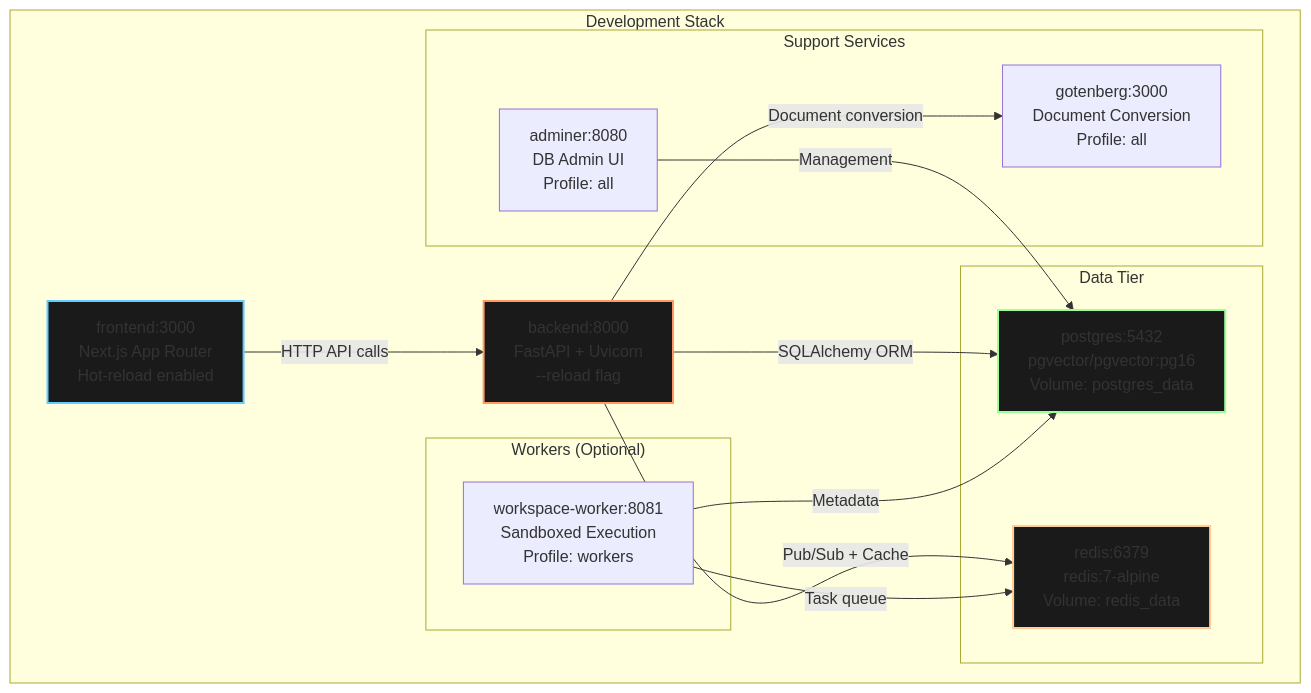
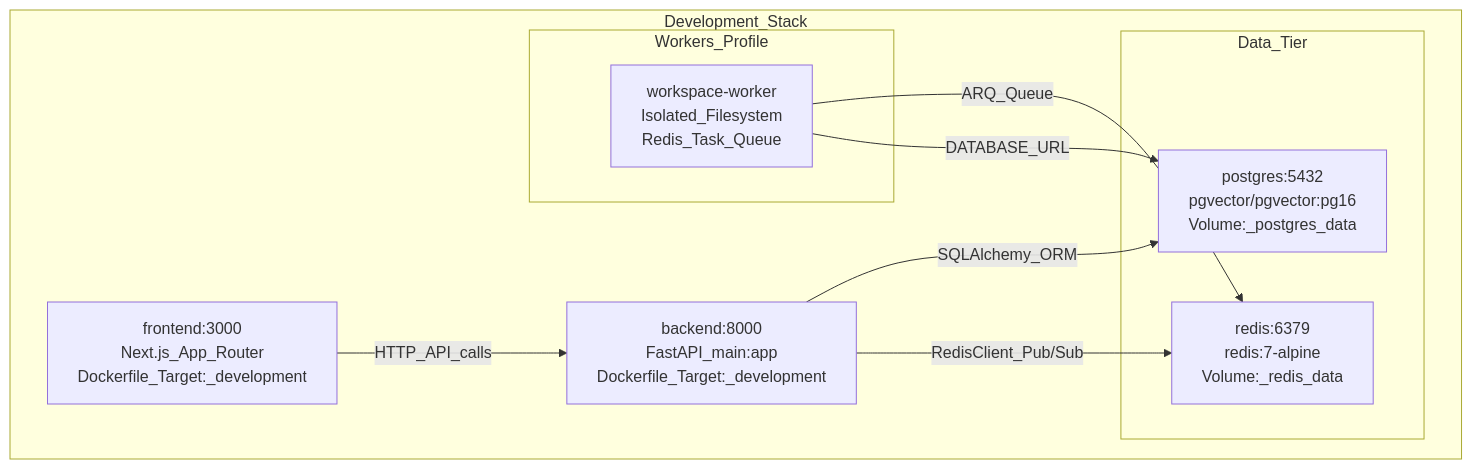
One commit to AutomatosAI/automatos-ai changed the first of 2 diagrams in docs/getting-started/_index.md. Above: the diagram before and after it, drawn with Mermaid. The commit also changed other lines of this file and 149 other files, not shown here.

Commit message:
docs: refresh documentation with graphify semantic scan

````diff
--- a/docs/getting-started/_index.md
+++ b/docs/getting-started/_index.md
@@ -66,34 +59,22 @@
 ```mermaid
 graph TB
-    subgraph "Development Stack"
-        Frontend["frontend:3000<br/>Next.js App Router<br/>Hot-reload enabled"]
-        Backend["backend:8000<br/>FastAPI + Uvicorn<br/>--reload flag"]
+    subgraph "Development_Stack"
+        Frontend["frontend:3000<br/>Next.js_App_Router<br/>Dockerfile_Target:_development"]
+        Backend["backend:8000<br/>FastAPI_main:app<br/>Dockerfile_Target:_development"]
         
-        subgraph "Data Tier"
-            PostgreSQL["postgres:5432<br/>pgvector/pgvector:pg16<br/>Volume: postgres_data"]
-            Redis["redis:6379<br/>redis:7-alpine<br/>Volume: redis_data"]
+        subgraph "Data_Tier"
+            PostgreSQL["postgres:5432<br/>pgvector/pgvector:pg16<br/>Volume:_postgres_data"]
+            Redis["redis:6379<br/>redis:7-alpine<br/>Volume:_redis_data"]
         end
         
-        subgraph "Workers (Optional)"
-            WorkspaceWorker["workspace-worker:8081<br/>Sandboxed Execution<br/>Profile: workers"]
-        end
-        
-        subgraph "Support Services"
-            Gotenberg["gotenberg:3000<br/>Document Conversion<br/>Profile: all"]
-            Adminer["adminer:8080<br/>DB Admin UI<br/>Profile: all"]
+        subgraph "Workers_Profile"
+            WorkspaceWorker["workspace-worker<br/>Isolated_Filesystem<br/>Redis_Task_Queue"]
         end
     end
     
-    Frontend -->|"HTTP API calls"| Backend
-    Backend -->|"SQLAlchemy ORM"| PostgreSQL
-    Backend -->|"Pub/Sub + Cache"| Redis
-    Backend -->|"Document conversion"| Gotenberg
-    WorkspaceWorker -->|"Task queue"| Redis
-    WorkspaceWorker -->|"Metadata"| PostgreSQL
-    Adminer -->|"Management"| PostgreSQL
-    
-    style Backend fill:#1a1a1a,stroke:#ff9966,stroke-width:2px
-    style Frontend fill:#1a1a1a,stroke:#66ccff,stroke-width:2px
-    style PostgreSQL fill:#1a1a1a,stroke:#99ff99,stroke-width:2px
-    style Redis fill:#1a1a1a,stroke:#ffcc99,stroke-width:2px
+    Frontend -->|"HTTP_API_calls"| Backend
+    Backend -->|"SQLAlchemy_ORM"| PostgreSQL
+    Backend -->|"RedisClient_Pub/Sub"| Redis
+    WorkspaceWorker -->|"ARQ_Queue"| Redis
+    WorkspaceWorker -->|"DATABASE_URL"| PostgreSQL
 ```
````
